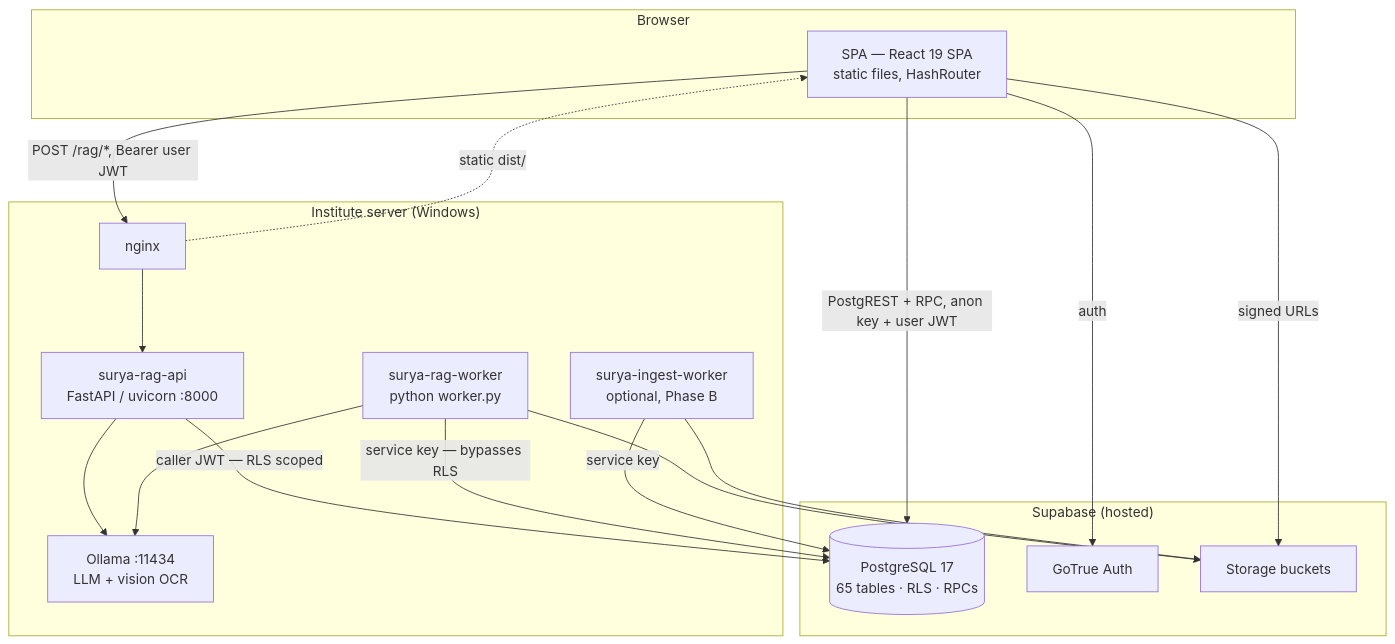
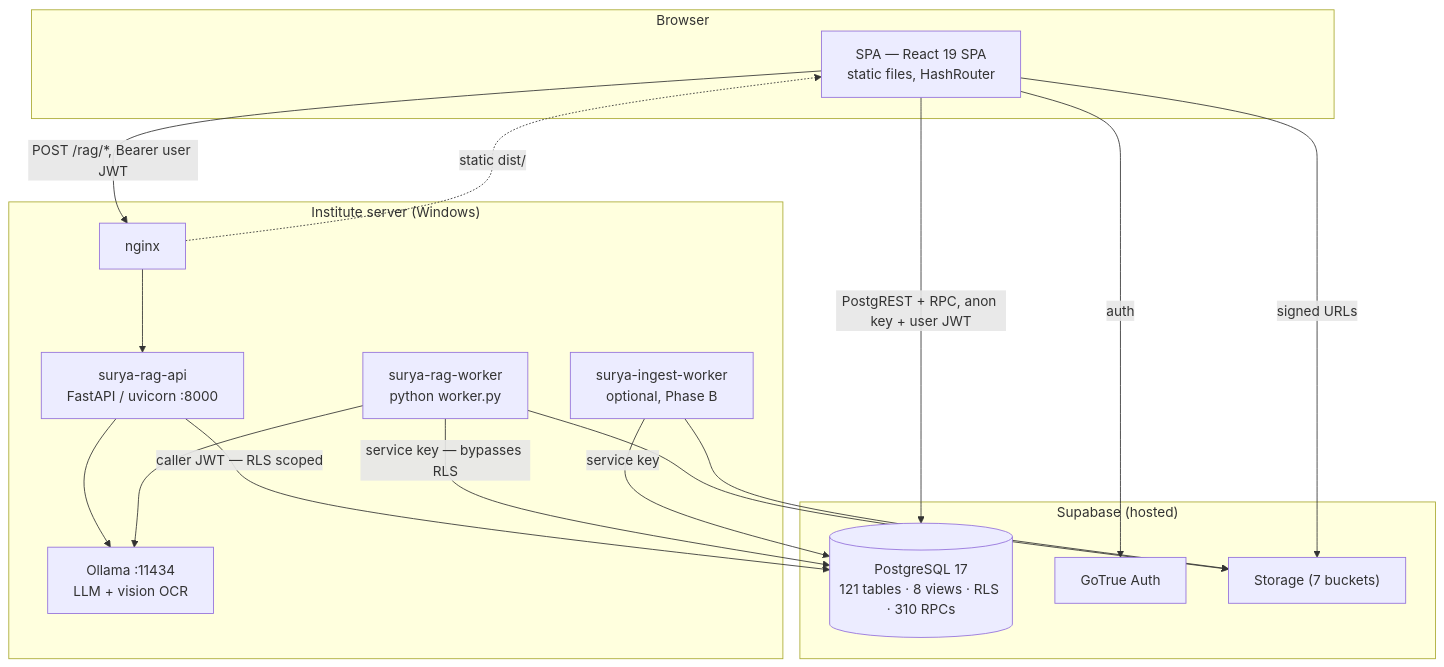
The diagram in docs/engineering/architecture_addendum.md (vkhare87/SuryaCSIR), drawn with Mermaid before and after one commit. The commit also changed other lines of this file and 255 other files, not shown here.

Commit message:
feat(roadmap): complete Stages 0-7 implementation and verification

````diff
--- a/docs/engineering/architecture_addendum.md
+++ b/docs/engineering/architecture_addendum.md
@@ -36,32 +36,32 @@
 ```mermaid
 graph TB
   subgraph Browser
     SPA["SPA — React 19 SPA<br/>static files, HashRouter"]
   end
   subgraph "Institute server (Windows)"
     NGINX[nginx]
     API["surya-rag-api<br/>FastAPI / uvicorn :8000"]
     WORK["surya-rag-worker<br/>python worker.py"]
     ING["surya-ingest-worker<br/>optional, Phase B"]
     OLL["Ollama :11434<br/>LLM + vision OCR"]
   end
   subgraph "Supabase (hosted)"
-    PG[("PostgreSQL 17<br/>65 tables · RLS · RPCs")]
+    PG[("PostgreSQL 17<br/>121 tables · 8 views · RLS · 310 RPCs")]
     AUTH["GoTrue Auth"]
-    ST["Storage buckets"]
+    ST["Storage (7 buckets)"]
   end
 
   SPA -->|"PostgREST + RPC, anon key + user JWT"| PG
   SPA -->|"auth"| AUTH
   SPA -->|"signed URLs"| ST
   SPA -->|"POST /rag/*, Bearer user JWT"| NGINX
   NGINX --> API
   NGINX -.->|"static dist/"| SPA
   API -->|"caller JWT — RLS scoped"| PG
   API --> OLL
   WORK -->|"service key — bypasses RLS"| PG
   WORK --> ST
   WORK --> OLL
   ING -->|"service key"| PG
   ING --> ST
 ```
````
